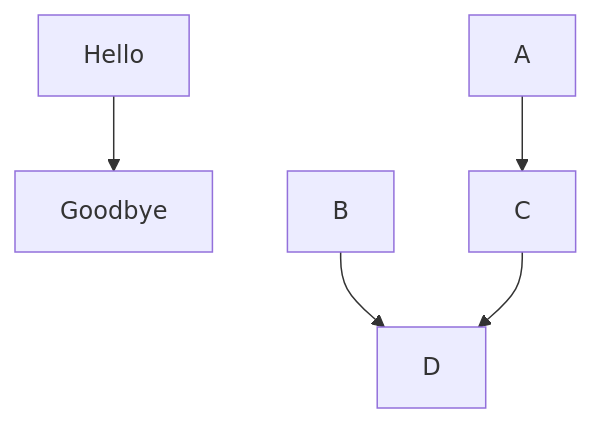
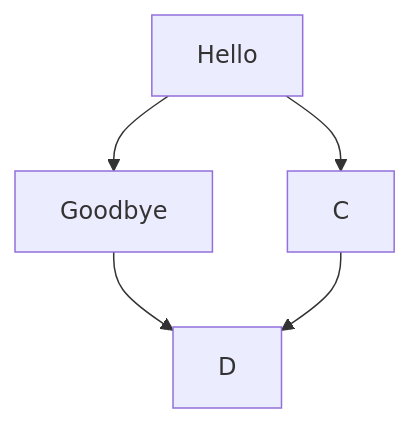
The second of 4 diagrams in _posts/2018-04-02-Heaps.md (bambuzie/fluffy-leaf), drawn with Mermaid before and after one commit.

Commit message:
Updated '_posts/2018-04-02-Heaps.md' via CloudCannon

````diff
--- a/_posts/2018-04-02-Heaps.md
+++ b/_posts/2018-04-02-Heaps.md
@@ -47,7 +47,7 @@
  ```mermaid
     graph TD;
         Hello-->Goodbye;
-        A-->C;
-        B-->D;
+        Hello-->C;
+        Goodbye-->D;
         C-->D;
     ```
````
